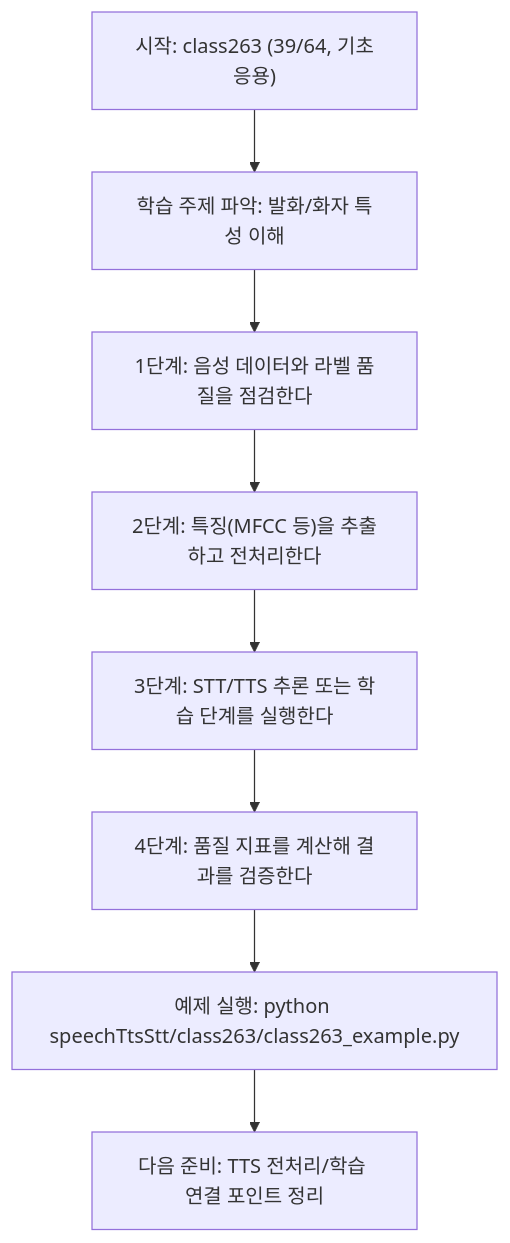
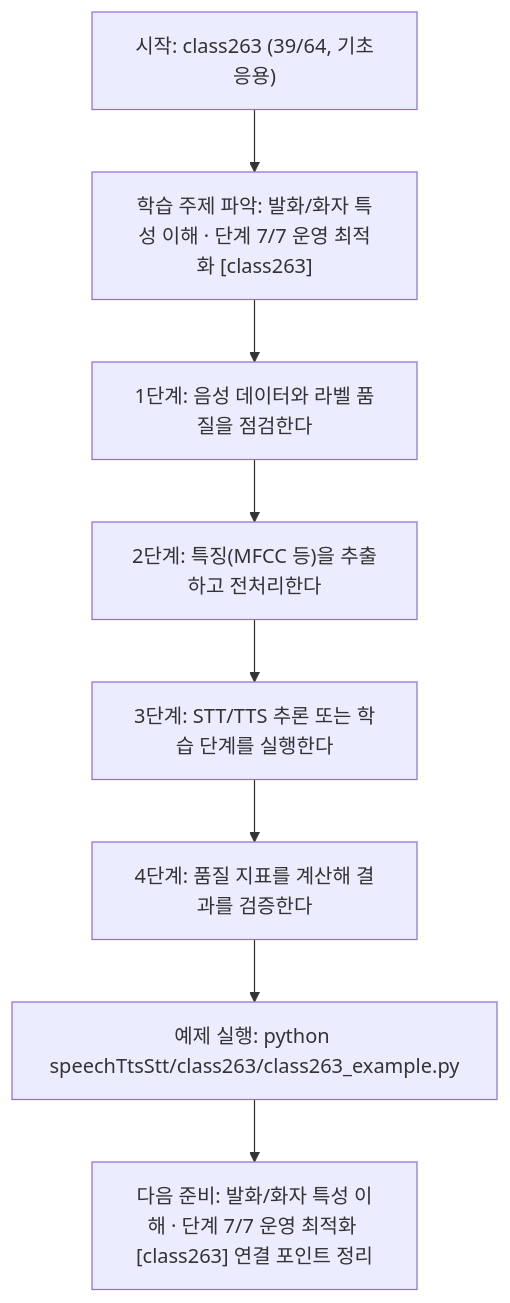
Before and after one commit to edumgt/Python-AI_Agent-Class: the diagram in speechTtsStt/class263/class263.md, drawn with Mermaid. The commit also changed other lines of this file and 522 other files, not shown here.

````diff
--- a/speechTtsStt/class263/class263.md
+++ b/speechTtsStt/class263/class263.md
@@ -114,18 +115,18 @@
 ```mermaid
 flowchart TD
 N1["시작: class263 (39/64, 기초응용)"]
-N2["학습 주제 파악: 발화/화자 특성 이해"]
+N2["학습 주제 파악: 발화/화자 특성 이해 · 단계 7/7 운영 최적화 [class263]"]
 N3["1단계: 음성 데이터와 라벨 품질을 점검한다"]
 N4["2단계: 특징(MFCC 등)을 추출하고 전처리한다"]
 N5["3단계: STT/TTS 추론 또는 학습 단계를 실행한다"]
 N6["4단계: 품질 지표를 계산해 결과를 검증한다"]
 N7["예제 실행: python speechTtsStt/class263/class263_example.py"]
-N8["다음 준비: TTS 전처리/학습 연결 포인트 정리"]
+N8["다음 준비: 발화/화자 특성 이해 · 단계 7/7 운영 최적화 [class263] 연결 포인트 정리"]
 N1 --> N2
 N2 --> N3
 N3 --> N4
 N4 --> N5
 N5 --> N6
 N6 --> N7
 N7 --> N8
 ```
````
